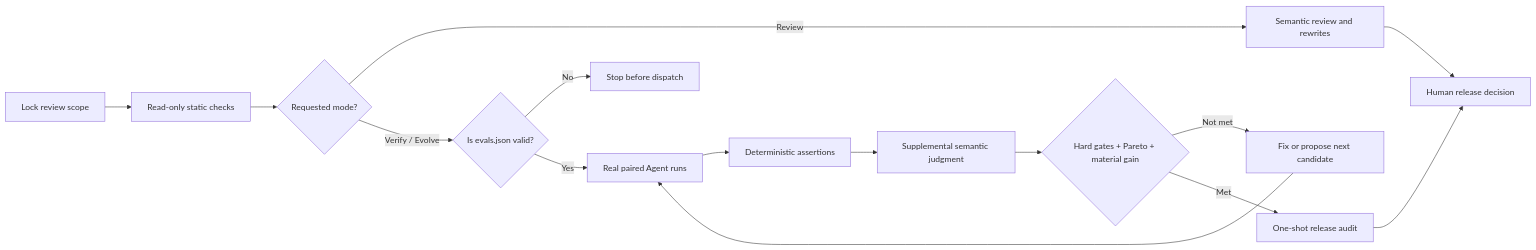
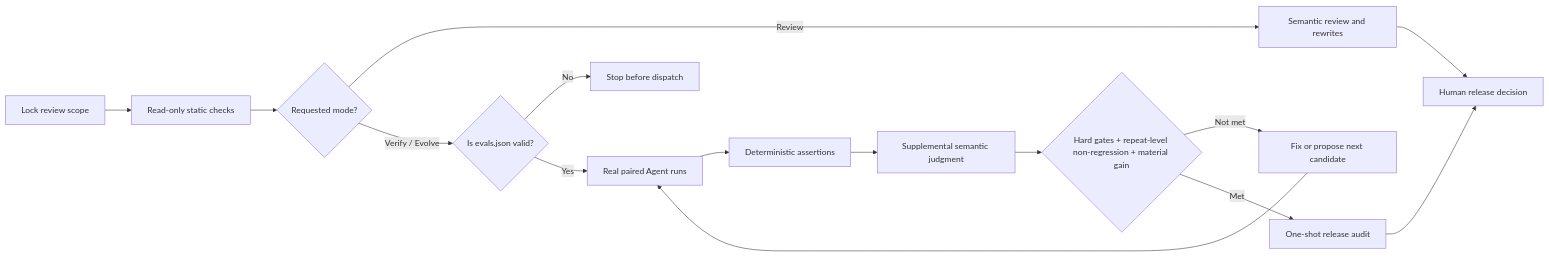
One commit to Nirvana-Jie/skill-reviewer changed the first of 2 diagrams in README.md. Above: the diagram before and after it, drawn with Mermaid. The commit also changed other lines of this file and 43 other files, not shown here.

````diff
--- a/README.md
+++ b/README.md
@@ -54,17 +54,17 @@
 ```mermaid
 flowchart LR
     A["Lock review scope"] --> B["Read-only static checks"]
     B --> C{"Requested mode?"}
     C -- "Review" --> D["Semantic review and rewrites"]
     C -- "Verify / Evolve" --> E{"Is evals.json valid?"}
     E -- "No" --> H["Stop before dispatch"]
     E -- "Yes" --> F["Real paired Agent runs"]
     F --> G["Deterministic assertions"]
     G --> M["Supplemental semantic judgment"]
-    M --> I{"Hard gates + Pareto + material gain"}
+    M --> I{"Hard gates + repeat-level non-regression + material gain"}
     I -- "Not met" --> J["Fix or propose next candidate"]
     J --> F
     I -- "Met" --> K["One-shot release audit"]
     D --> L["Human release decision"]
     K --> L
 ```
````
